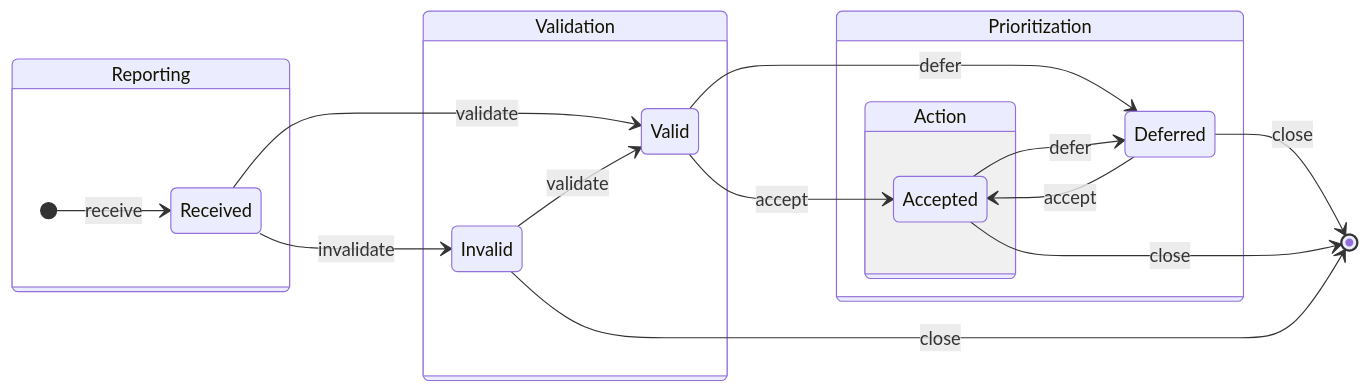
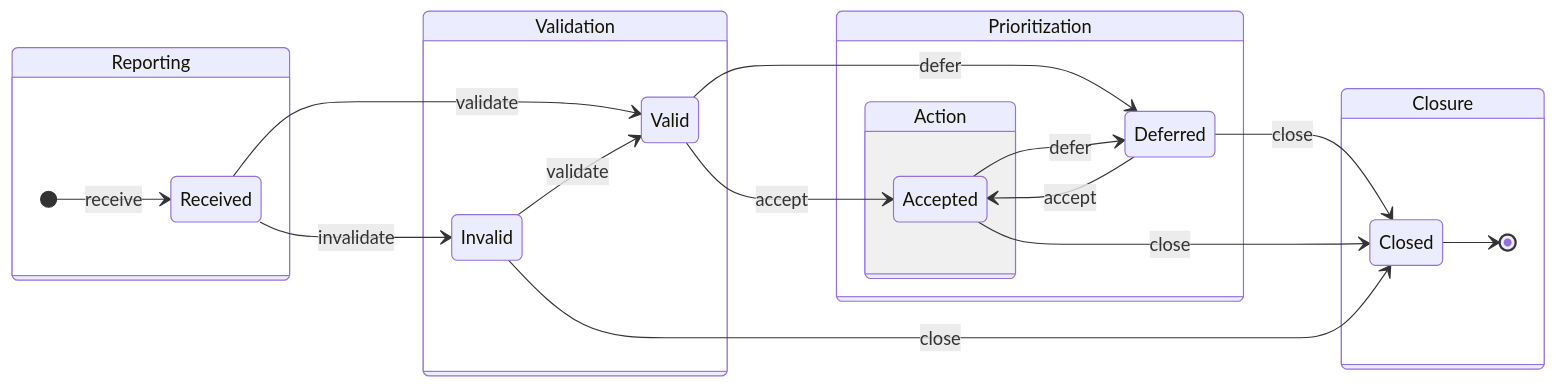
The first of 9 diagrams in docs/process_models/report_management.md (CERTCC/Vultron), drawn with Mermaid before and after one commit. The commit also changed other lines of this file and 6 other files, not shown here.

````diff
--- a/docs/process_models/report_management.md
+++ b/docs/process_models/report_management.md
@@ -49,29 +54,34 @@
 ```mermaid
 stateDiagram-v2
     direction LR
     state Reporting {
         R: Received
         [*] --> R : receive
     }    
     state Validation {
         I: Invalid
         V: Valid
     }
     state Prioritization {   
         D: Deferred
         state Action {
             A: Accepted
         }
     }
+    
+    state Closure {
+        C: Closed
+        C --> [*]
+    }
 
     R --> I: invalidate
     R --> V : validate
     I --> V : validate
     V --> A : accept
     V --> D : defer
     A --> D : defer
     D --> A : accept
-    D --> [*] : close
-    A --> [*] : close
-    I --> [*] : close
+    D --> C : close
+    A --> C : close
+    I --> C : close
 ```
````
